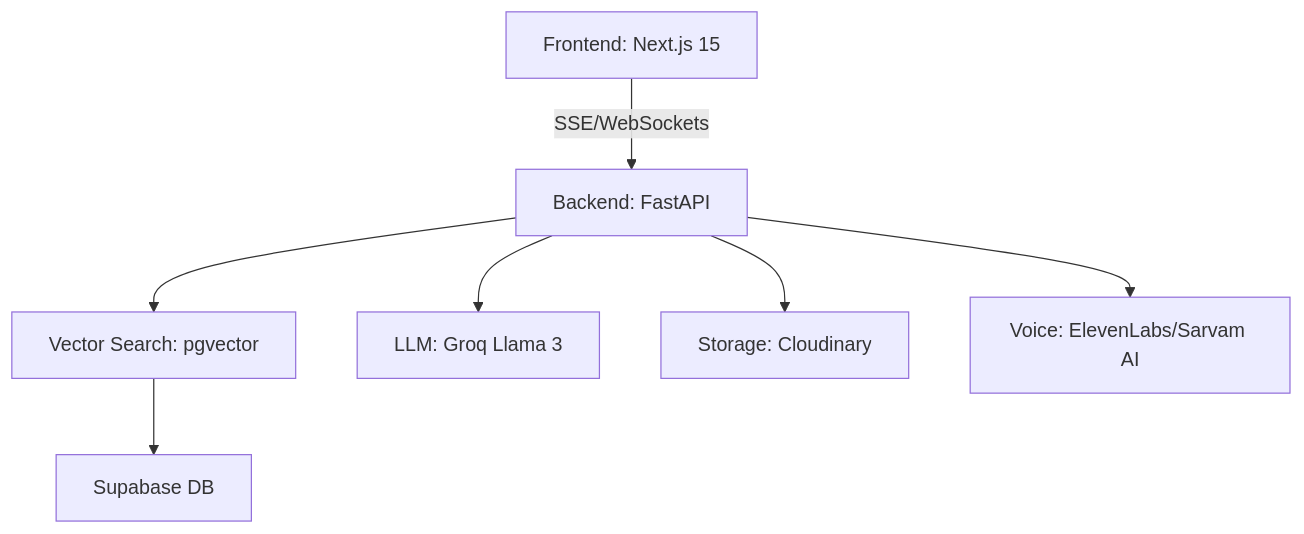
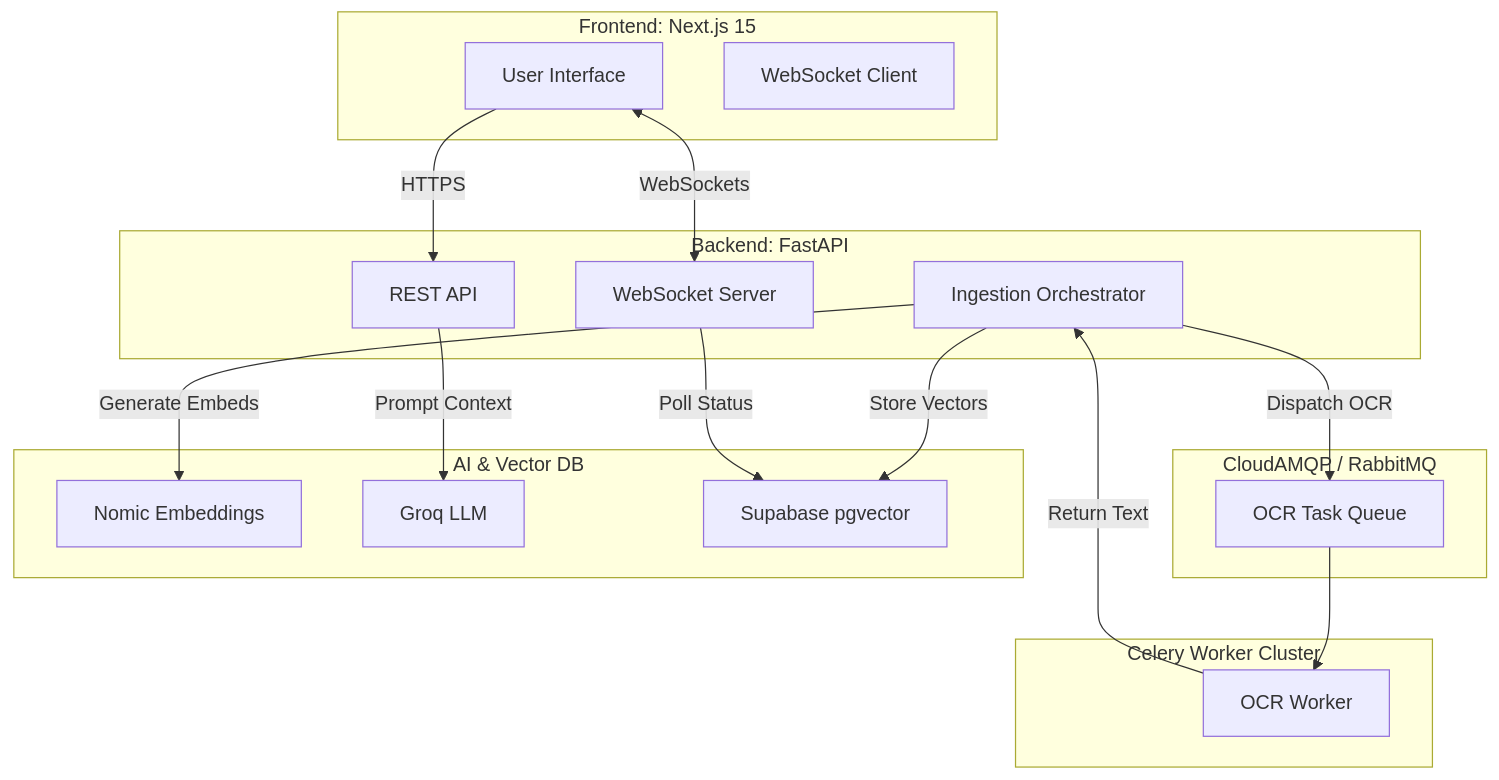
One commit to Divine-P-77777/PersonaAI_Official changed the diagram in README.md. Above: the diagram before and after it, drawn with Mermaid. The commit also changed other lines of this file and 1 other file, not shown here.

Commit message:
profile pic fix

````diff
--- a/README.md
+++ b/README.md
@@ -20,9 +25,37 @@
 ```mermaid
 graph TD
-    A[Frontend: Next.js 15] -->|SSE/WebSockets| B[Backend: FastAPI]
-    B --> C[Vector Search: pgvector]
-    B --> D[LLM: Groq Llama 3]
-    C --> E[Supabase DB]
-    B --> F[Storage: Cloudinary]
-    B --> G[Voice: ElevenLabs/Sarvam AI]
+    subgraph Client_Layer [Frontend: Next.js 15]
+        UI[User Interface]
+        WS_C[WebSocket Client]
+    end
+
+    subgraph API_Gateway [Backend: FastAPI]
+        API[REST API]
+        WS_S[WebSocket Server]
+        B_TASK[Ingestion Orchestrator]
+    end
+
+    subgraph Message_Broker [CloudAMQP / RabbitMQ]
+        MQ[OCR Task Queue]
+    end
+
+    subgraph Compute_Cluster [Celery Worker Cluster]
+        CW[OCR Worker]
+    end
+
+    subgraph Knowledge_Stack [AI & Vector DB]
+        EMB[Nomic Embeddings]
+        GROQ[Groq LLM]
+        PGV[Supabase pgvector]
+    end
+
+    UI -->|HTTPS| API
+    UI <-->|WebSockets| WS_S
+    B_TASK -->|Dispatch OCR| MQ
+    MQ --> CW
+    CW -->|Return Text| B_TASK
+    B_TASK -->|Generate Embeds| EMB
+    B_TASK -->|Store Vectors| PGV
+    API -->|Prompt Context| GROQ
+    WS_S -->|Poll Status| PGV
 ```
````
